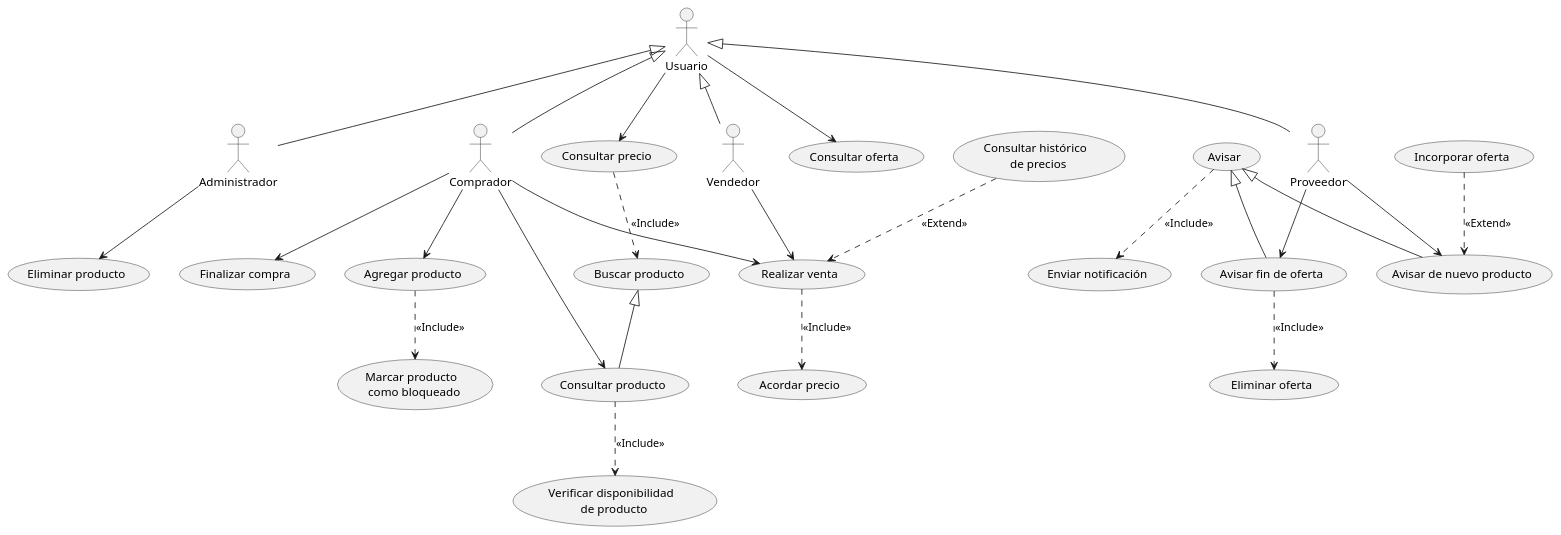
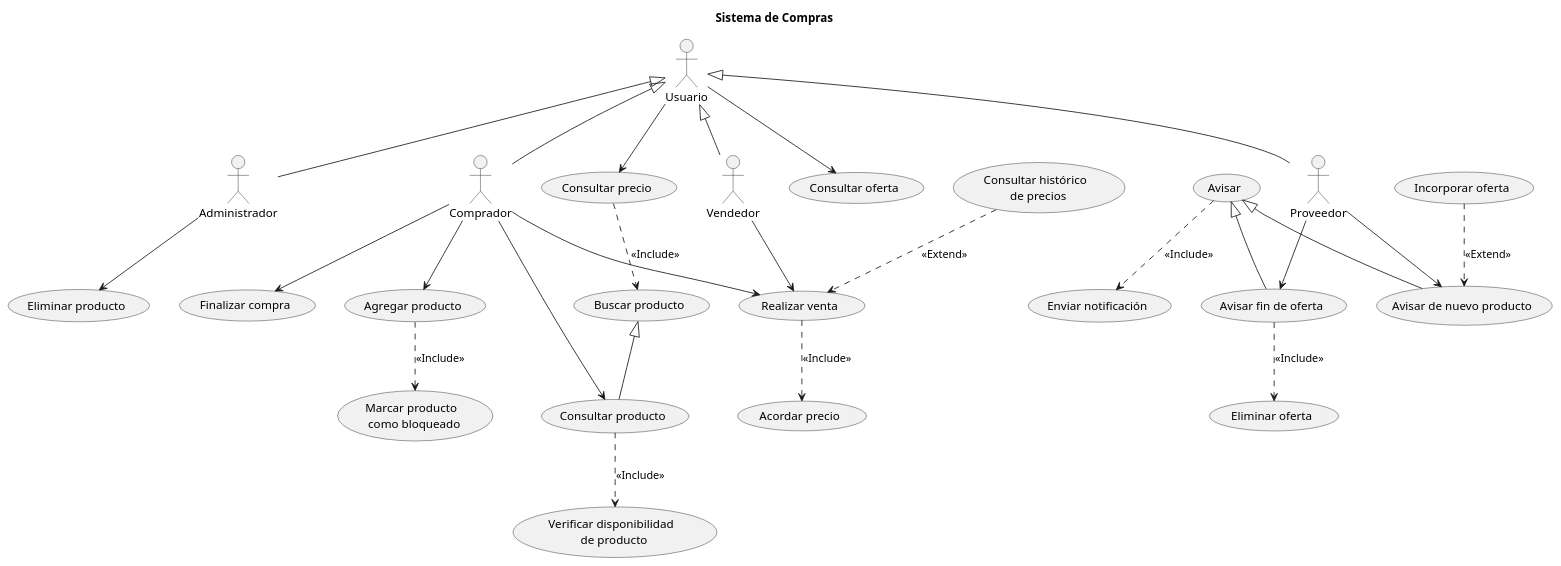
One commit to emg842/INRE-UAL-ROJO-2022 changed the diagram in LAB0/src/sistema_de_compras.puml. Above: the diagram before and after it, drawn with PlantUML. The commit also changed 6 other files, not shown here.

Commit message:
Puesta a punto de los diagramas de la actividad lab0

```diff
--- a/LAB0/src/sistema_de_compras.puml
+++ b/LAB0/src/sistema_de_compras.puml
@@ -1,57 +1,58 @@
 @startuml sistema_de_compras
+title Sistema de Compras
 
 :Administrador: as A1
 :Comprador: as A2
 :Proveedor: as A3
 :Usuario: as A4
 :Vendedor: as A5
 
 (Acordar precio) as UC1
 (Agregar producto)  as UC2
 (Avisar)  as UC3
 (Avisar de nuevo producto) as UC4
 (Avisar fin de oferta) as UC5
 (Buscar producto) as UC6
 (Consultar histórico \n de precios) as UC7
 (Consultar oferta) as UC8
 (Consultar precio) as UC9
 (Consultar producto) as UC10
 (Eliminar oferta) as UC11
 (Eliminar producto) as UC12
 (Enviar notificación) as UC13
 (Finalizar compra) as UC14
 (Incorporar oferta) as UC15
 (Marcar producto \n como bloqueado) as UC16
 (Realizar venta) as UC17
 (Verificar disponibilidad \n de producto) as UC18
 
 A1 --> UC12
 A2 --> UC2
 A2 --> UC10
 A2 --> UC14
 A2 --> UC17
 A3 --> UC4
 A3 --> UC5
 A4 --> UC8
 A4 --> UC9
 A5 --> UC17
 
 A4 <|-- A1
 A4 <|-- A2
 A4 <|-- A3
 A4 <|-- A5
 UC3 <|-- UC4
 UC3 <|-- UC5
 UC6 <|-- UC10
 
 UC7 ..> UC17 : <<Extend>>
 UC15 ..> UC4 : <<Extend>>
 
 UC2 ..> UC16 : <<Include>>
 UC3 ..> UC13 : <<Include>>
 UC5 ..> UC11 : <<Include>>
 UC9 ..> UC6 : <<Include>>
 UC10 ..> UC18 : <<Include>>
 UC17 ..> UC1 : <<Include>>
 
 @enduml
```
